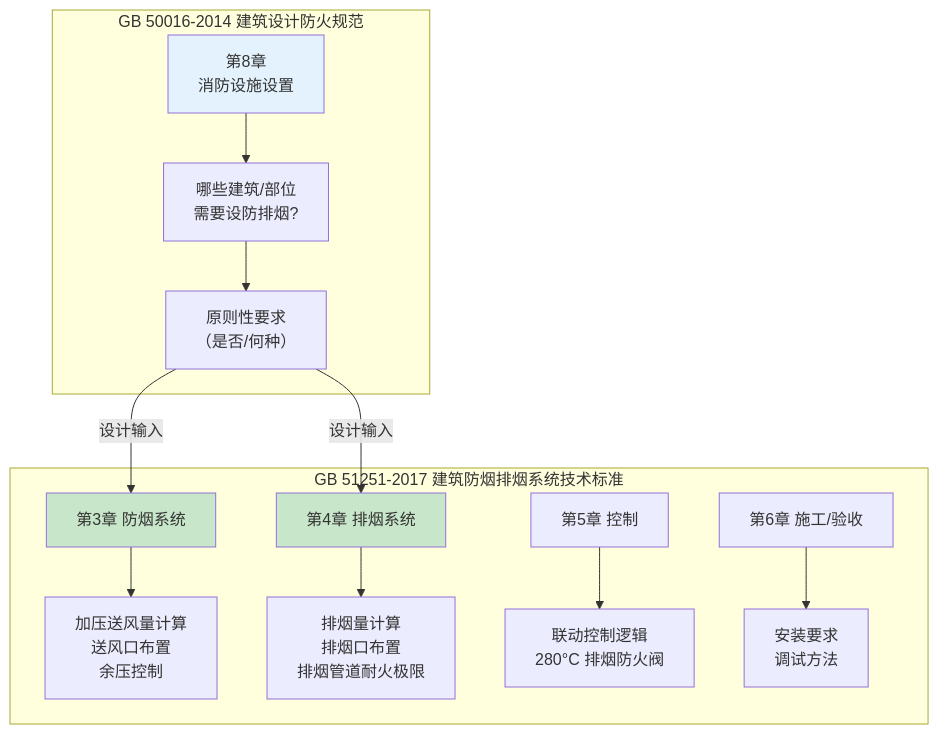
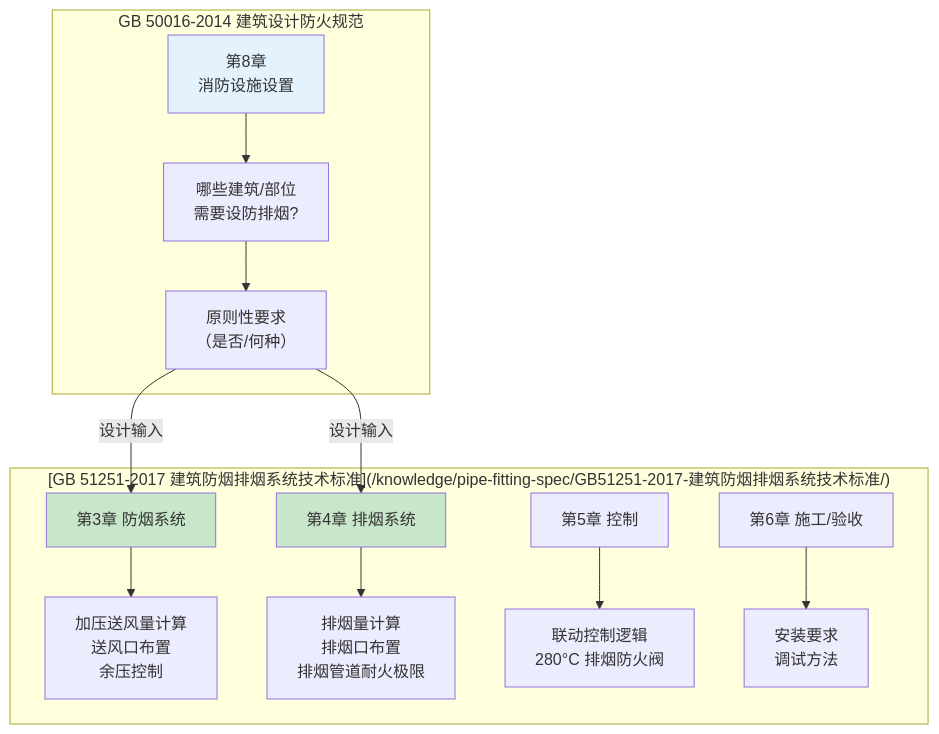
Before and after one commit to TGQ-HUA/blog: the first of 2 diagrams in content/knowledge/pipe-fitting-spec/第10章-防烟排烟-概要.md, drawn with Mermaid. The commit also changed other lines of this file and 182 other files, not shown here.

````diff
--- a/content/knowledge/pipe-fitting-spec/第10章-防烟排烟-概要.md
+++ b/content/knowledge/pipe-fitting-spec/第10章-防烟排烟-概要.md
@@ -20,21 +20,21 @@
 ```mermaid
 graph TD
     subgraph "GB 50016-2014 建筑设计防火规范"
         A["第8章<br/>消防设施设置"] --> B["哪些建筑/部位<br/>需要设防排烟?"]
         B --> C["原则性要求<br/>（是否/何种）"]
     end
 
-    subgraph "GB 51251-2017 建筑防烟排烟系统技术标准"
+    subgraph "[GB 51251-2017 建筑防烟排烟系统技术标准](/knowledge/pipe-fitting-spec/GB51251-2017-建筑防烟排烟系统技术标准/)"
         D["第3章 防烟系统"] --> E["加压送风量计算<br/>送风口布置<br/>余压控制"]
         F["第4章 排烟系统"] --> G["排烟量计算<br/>排烟口布置<br/>排烟管道耐火极限"]
         H["第5章 控制"] --> I["联动控制逻辑<br/>280°C 排烟防火阀"]
         J["第6章 施工/验收"] --> K["安装要求<br/>调试方法"]
     end
 
     C -->|"设计输入"| D
     C -->|"设计输入"| F
 
     style A fill:#e3f2fd
     style D fill:#c8e6c9
     style F fill:#c8e6c9
 ```
````
